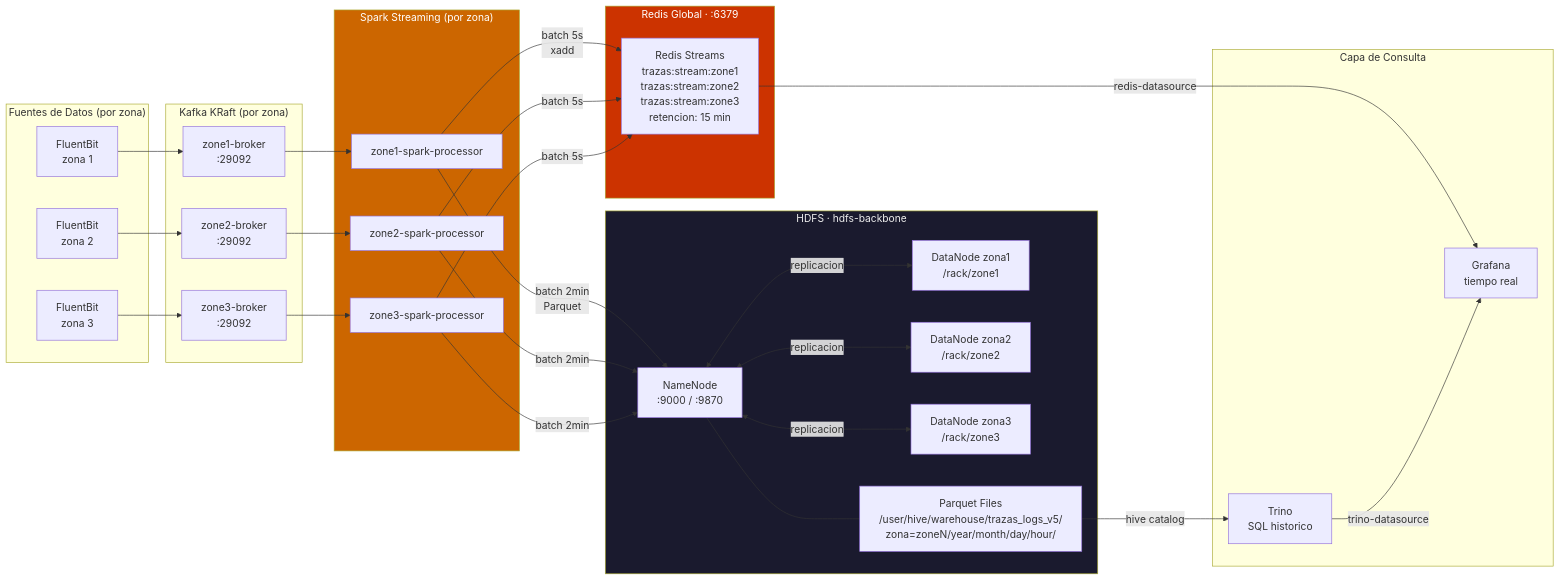
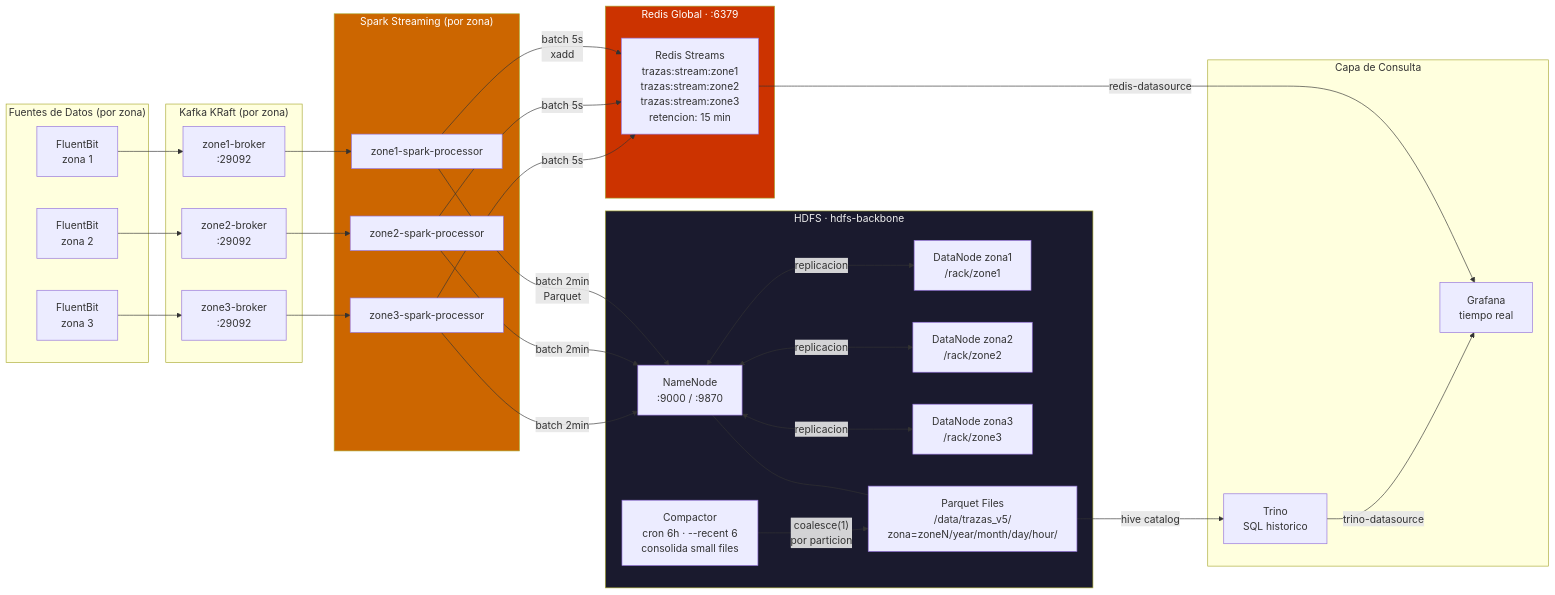
Before and after one commit to florez18399/Distributed-Monitoring: the fifth of 5 diagrams in Arch_Diagram.md, drawn with Mermaid. The commit also changed other lines of this file and 31 other files, not shown here.

````diff
--- a/Arch_Diagram.md
+++ b/Arch_Diagram.md
@@ -386,68 +388,71 @@
 ```mermaid
 graph LR
     subgraph SOURCES["Fuentes de Datos (por zona)"]
         FB1["FluentBit<br/>zona 1"]
         FB2["FluentBit<br/>zona 2"]
         FB3["FluentBit<br/>zona 3"]
     end
 
     subgraph KAFKA["Kafka KRaft (por zona)"]
         K1["zone1-broker<br/>:29092"]
         K2["zone2-broker<br/>:29092"]
         K3["zone3-broker<br/>:29092"]
     end
 
     subgraph SPARK["Spark Streaming (por zona)"]
         S1["zone1-spark-processor"]
         S2["zone2-spark-processor"]
         S3["zone3-spark-processor"]
     end
 
     subgraph HDFS["HDFS · hdfs-backbone"]
         NN["NameNode<br/>:9000 / :9870"]
         DN1["DataNode zona1<br/>/rack/zone1"]
         DN2["DataNode zona2<br/>/rack/zone2"]
         DN3["DataNode zona3<br/>/rack/zone3"]
 
         NN <-->|"replicacion"| DN1
         NN <-->|"replicacion"| DN2
         NN <-->|"replicacion"| DN3
 
-        PARQUET["Parquet Files<br/>/user/hive/warehouse/trazas_logs_v5/<br/>zona=zoneN/year/month/day/hour/"]
+        PARQUET["Parquet Files<br/>/data/trazas_v5/<br/>zona=zoneN/year/month/day/hour/"]
         NN --- PARQUET
+
+        COMPACTOR["Compactor<br/>cron 6h · --recent 6<br/>consolida small files"]
+        COMPACTOR -->|"coalesce(1)<br/>por particion"| PARQUET
     end
 
     subgraph REDIS["Redis Global · :6379"]
         RS["Redis Streams<br/>trazas:stream:zone1<br/>trazas:stream:zone2<br/>trazas:stream:zone3<br/>retencion: 15 min"]
     end
 
     subgraph QUERY["Capa de Consulta"]
         TRINO["Trino<br/>SQL historico"]
         GRAFANA["Grafana<br/>tiempo real"]
     end
 
     %% Flujo
     FB1 --> K1
     FB2 --> K2
     FB3 --> K3
 
     K1 --> S1
     K2 --> S2
     K3 --> S3
 
     S1 -->|"batch 2min<br/>Parquet"| NN
     S2 -->|"batch 2min"| NN
     S3 -->|"batch 2min"| NN
 
     S1 -->|"batch 5s<br/>xadd"| RS
     S2 -->|"batch 5s"| RS
     S3 -->|"batch 5s"| RS
 
     PARQUET -->|"hive catalog"| TRINO
     RS -->|"redis-datasource"| GRAFANA
     TRINO -->|"trino-datasource"| GRAFANA
 
     style HDFS fill:#1a1a2e,color:#eee
     style REDIS fill:#cc3300,color:#fff
     style SPARK fill:#cc6600,color:#fff
 ```
````
